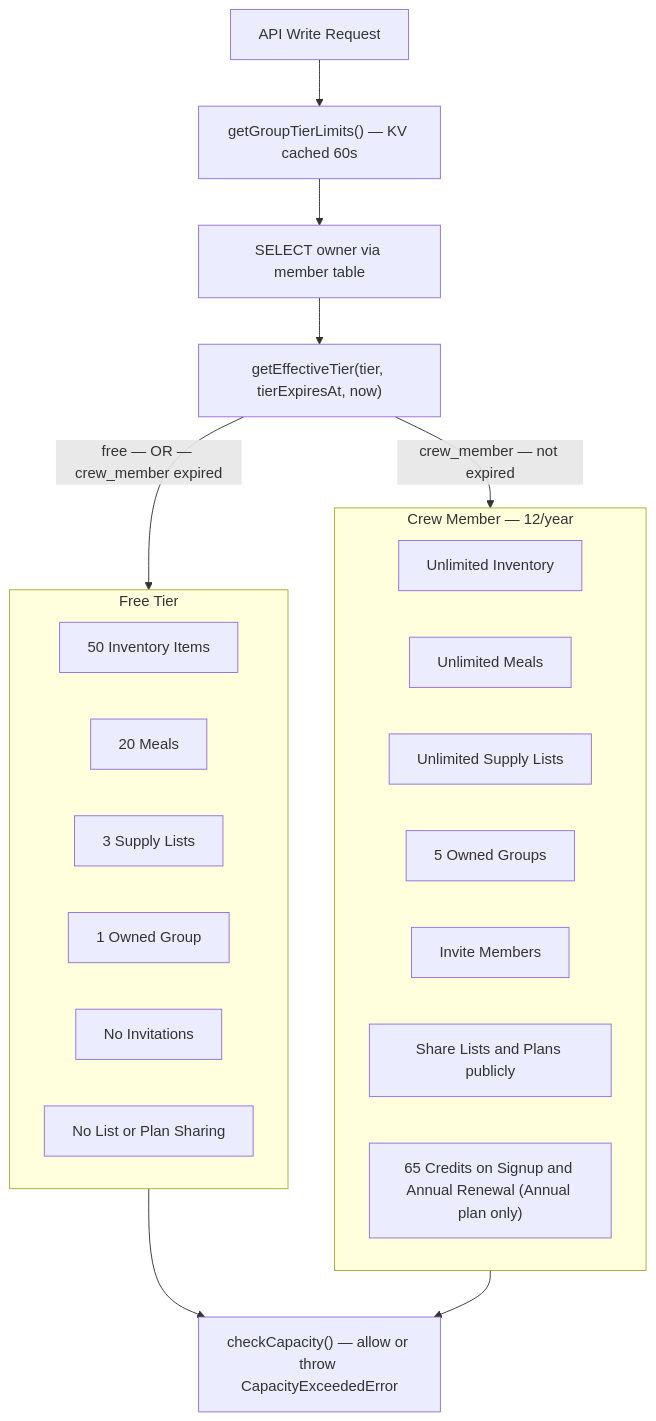
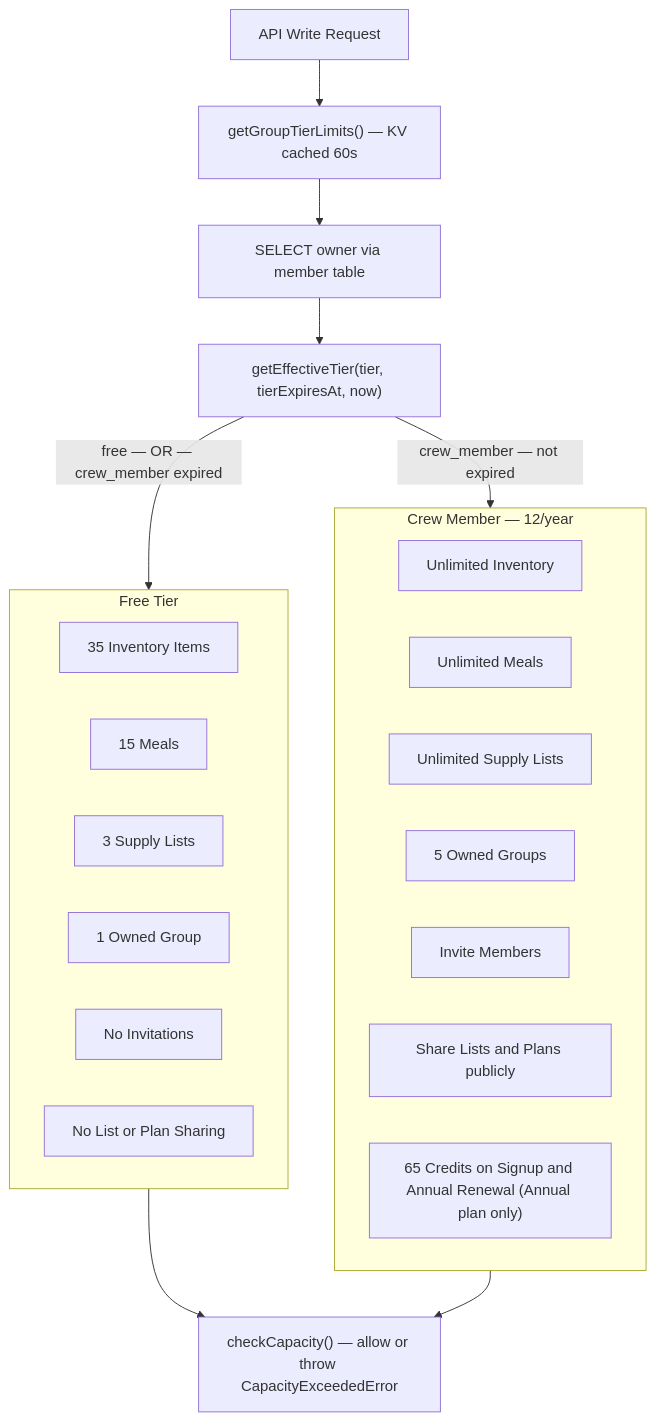
One commit to bjamesdowning/ration-mirror changed diagram 21 of 24 in README.md. Above: the diagram before and after it, drawn with Mermaid. The commit also changed other lines of this file and 17 other files, not shown here.

````diff
--- a/README.md
+++ b/README.md
@@ -1518,31 +1518,31 @@
 ```mermaid
 flowchart TB
     subgraph FreeTier["Free Tier"]
-        F1["50 Inventory Items"]
-        F2["20 Meals"]
+        F1["35 Inventory Items"]
+        F2["15 Meals"]
         F3["3 Supply Lists"]
         F4["1 Owned Group"]
         F5["No Invitations"]
         F6["No List or Plan Sharing"]
     end
 
     subgraph CrewTier["Crew Member — 12/year"]
         C1["Unlimited Inventory"]
         C2["Unlimited Meals"]
         C3["Unlimited Supply Lists"]
         C4["5 Owned Groups"]
         C5["Invite Members"]
         C6["Share Lists and Plans publicly"]
         C7["65 Credits on Signup and Annual Renewal (Annual plan only)"]
     end
 
     CheckRequest["API Write Request"] --> GetTier["getGroupTierLimits() — KV cached 60s"]
     GetTier --> FindOwner["SELECT owner via member table"]
     FindOwner --> CheckExpiry["getEffectiveTier(tier, tierExpiresAt, now)"]
 
     CheckExpiry -->|"crew_member — not expired"| CrewTier
     CheckExpiry -->|"free — OR — crew_member expired"| FreeTier
 
     FreeTier --> Enforce["checkCapacity() — allow or throw CapacityExceededError"]
     CrewTier --> Enforce
 ```
````
